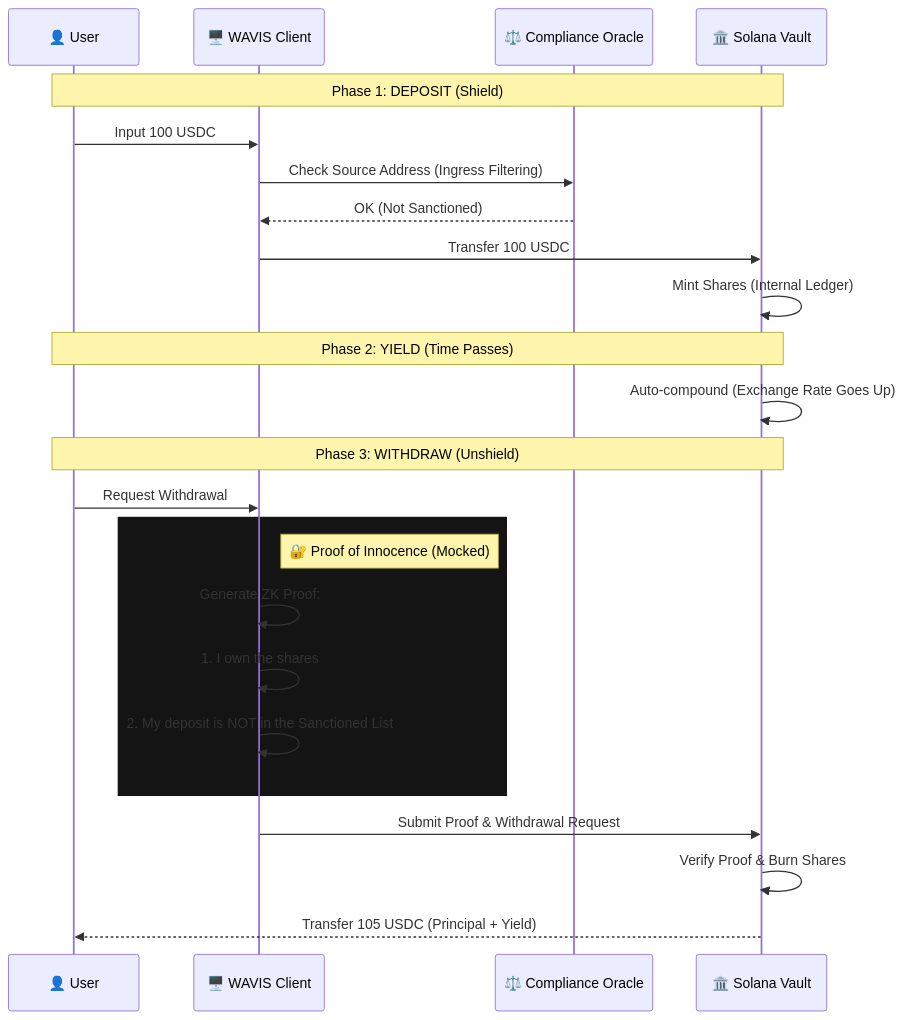
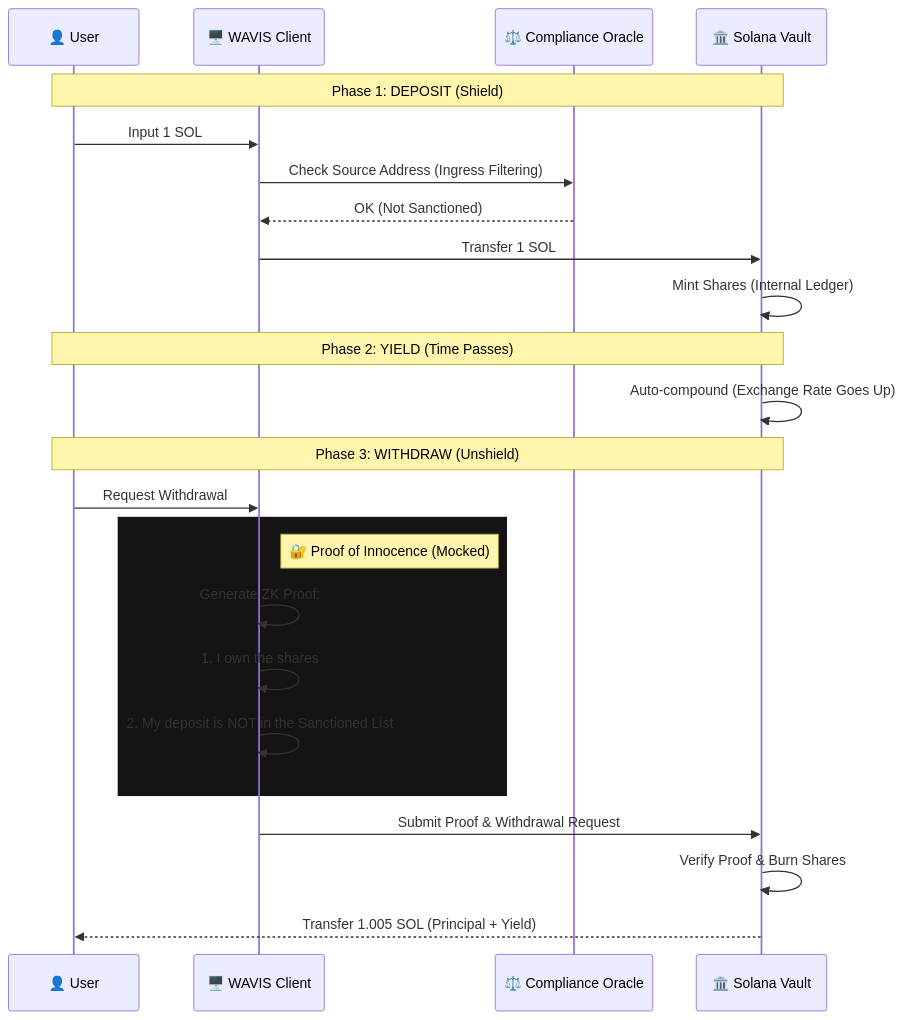
The diagram in README.md (ruka0911/wavis-protocol), drawn with Mermaid before and after one commit. The commit also changed other lines of this file, not shown here.

````diff
--- a/README.md
+++ b/README.md
@@ -66,31 +66,31 @@
 ```mermaid
 sequenceDiagram
     participant User as 👤 User
     participant UI as 🖥️ WAVIS Client
     participant Oracle as ⚖️ Compliance Oracle
     participant Vault as 🏛️ Solana Vault
 
     Note over User, Vault: Phase 1: DEPOSIT (Shield)
-    User->>UI: Input 100 USDC
+    User->>UI: Input 1 SOL
     UI->>Oracle: Check Source Address (Ingress Filtering)
     Oracle-->>UI: OK (Not Sanctioned)
-    UI->>Vault: Transfer 100 USDC
+    UI->>Vault: Transfer 1 SOL
     Vault->>Vault: Mint Shares (Internal Ledger)
     
     Note over User, Vault: Phase 2: YIELD (Time Passes)
     Vault->>Vault: Auto-compound (Exchange Rate Goes Up)
     
     Note over User, Vault: Phase 3: WITHDRAW (Unshield)
     User->>UI: Request Withdrawal
     
     rect rgb(20, 20, 20)
         Note right of UI: 🔐 Proof of Innocence (Mocked)
         UI->>UI: Generate ZK Proof:
         UI->>UI: 1. I own the shares
         UI->>UI: 2. My deposit is NOT in the Sanctioned List
     end
     
     UI->>Vault: Submit Proof & Withdrawal Request
     Vault->>Vault: Verify Proof & Burn Shares
-    Vault-->>User: Transfer 105 USDC (Principal + Yield)
+    Vault-->>User: Transfer 1.005 SOL (Principal + Yield)
 ```
````
